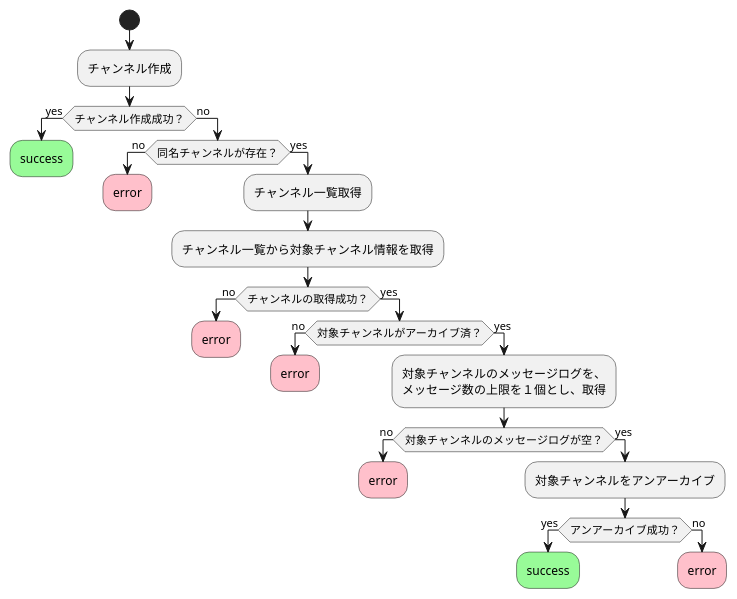
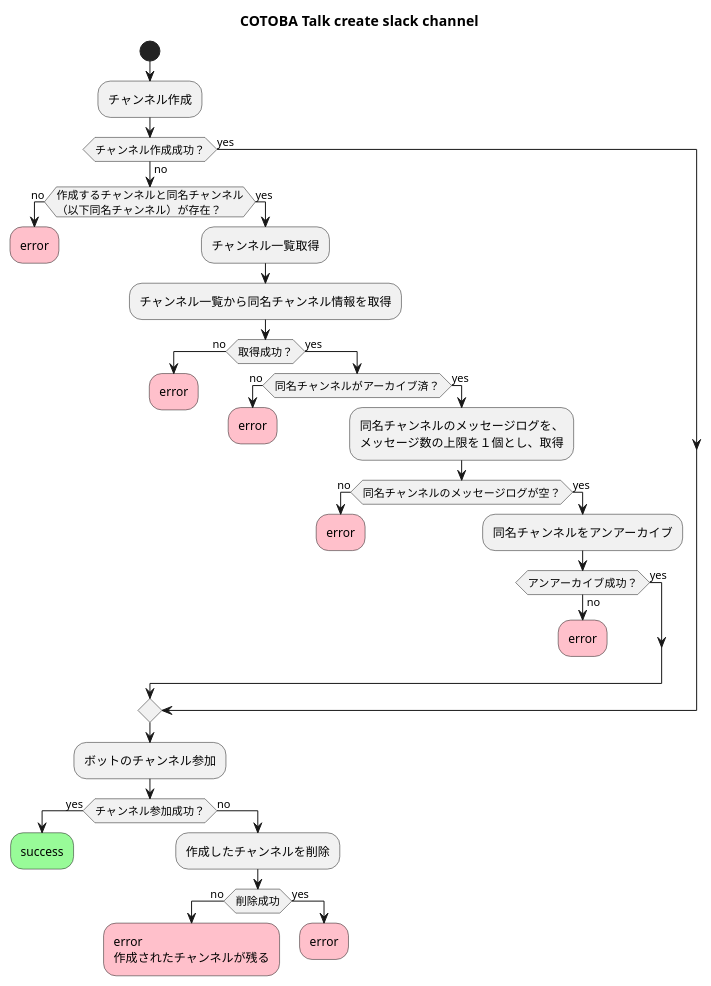
One commit to TsuyoshiGoto/UML changed the diagram in cotoba_talk/activity/create_channel.wsd. Above: the diagram before and after it, drawn with PlantUML. The commit also changed 1 other file, not shown here.

Commit message:
Update activity diagrams.

```diff
--- a/cotoba_talk/activity/create_channel.wsd
+++ b/cotoba_talk/activity/create_channel.wsd
@@ -1,42 +1,54 @@
 @startuml
+
+title COTOBA Talk create slack channel
 
 start
 :チャンネル作成;
 if (チャンネル作成成功？) then (yes)
-  #palegreen:success;
-  kill
 else (no)
-  if (同名チャンネルが存在？) then (no)
+  if (作成するチャンネルと同名チャンネル\n（以下同名チャンネル）が存在？) then (no)
     #pink:error;
     kill
   else (yes)
     :チャンネル一覧取得;
-    :チャンネル一覧から対象チャンネル情報を取得;
-    if (チャンネルの取得成功？) then (no)
+    :チャンネル一覧から同名チャンネル情報を取得;
+    if (取得成功？) then (no)
       #pink:error;
       kill
     else (yes)
-      if (対象チャンネルがアーカイブ済？) then (no)
+      if (同名チャンネルがアーカイブ済？) then (no)
         #pink:error;
         kill
       else (yes)
-        :対象チャンネルのメッセージログを、\nメッセージ数の上限を１個とし、取得;
-        if (対象チャンネルのメッセージログが空？) then (no)
+        :同名チャンネルのメッセージログを、\nメッセージ数の上限を１個とし、取得;
+        if (同名チャンネルのメッセージログが空？) then (no)
           #pink:error;
           kill
         else (yes)
-          :対象チャンネルをアンアーカイブ;
+          :同名チャンネルをアンアーカイブ;
           if (アンアーカイブ成功？) then (yes)
-            #palegreen:success;
-            kill
           else (no)
             #pink:error;
             kill
           endif
         endif
       endif
     endif
   endif
 endif
+:ボットのチャンネル参加;
+if (チャンネル参加成功？) then (yes)
+  #palegreen:success;
+  kill
+else (no)
+  :作成したチャンネルを削除;
+  if (削除成功) then (no)
+    #pink:error\n作成されたチャンネルが残る;
+    kill
+  else (yes)
+    #pink:error;
+    kill
+  endif
+endif
 
 @enduml
```
